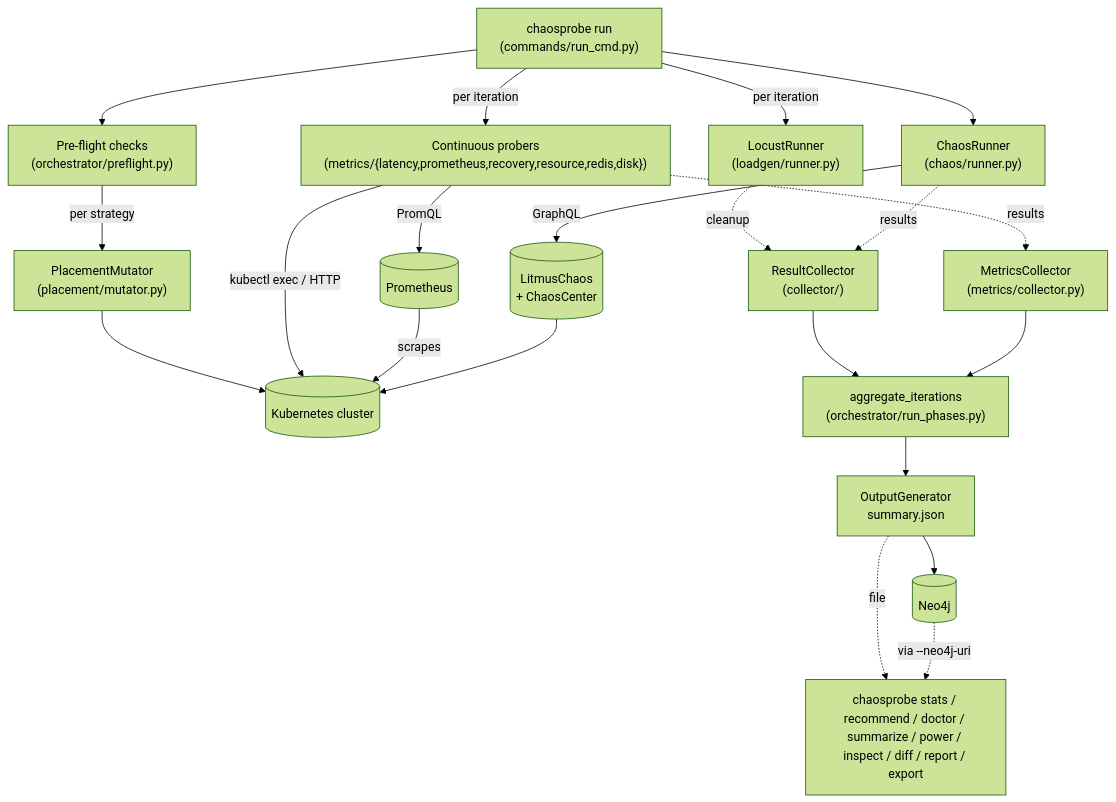
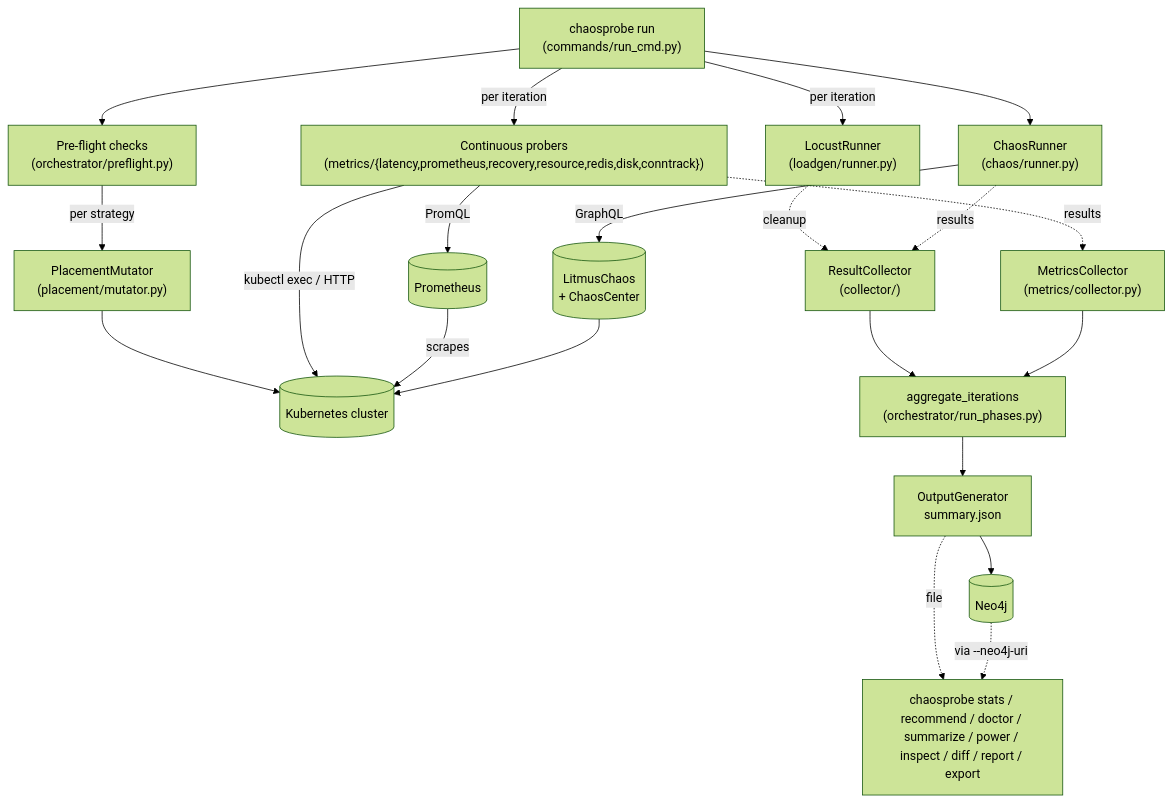
The diagram in chaosprobe/TECHNICAL.md (yhu02/uva-msc-thesis), drawn with Mermaid (forest theme) before and after one commit. The commit also changed other lines of this file and 9 other files, not shown here.

First line of the commit message:
feat(metrics): v2 M1b protocol-labeled conntrack prober (first-class collector)

````diff
--- a/chaosprobe/TECHNICAL.md
+++ b/chaosprobe/TECHNICAL.md
@@ -18,39 +18,39 @@
 ```mermaid
 flowchart TD
     CLI["chaosprobe run<br/>(commands/run_cmd.py)"]
     PF["Pre-flight checks<br/>(orchestrator/preflight.py)"]
     PM["PlacementMutator<br/>(placement/mutator.py)"]
     LR["LocustRunner<br/>(loadgen/runner.py)"]
-    PRB["Continuous probers<br/>(metrics/{latency,prometheus,recovery,resource,redis,disk})"]
+    PRB["Continuous probers<br/>(metrics/{latency,prometheus,recovery,resource,redis,disk,conntrack})"]
     CR["ChaosRunner<br/>(chaos/runner.py)"]
     K8s[("Kubernetes cluster")]
     Litmus[("LitmusChaos<br/>+ ChaosCenter")]
     Prom[("Prometheus")]
     RC["ResultCollector<br/>(collector/)"]
     MC["MetricsCollector<br/>(metrics/collector.py)"]
     AGG["aggregate_iterations<br/>(orchestrator/run_phases.py)"]
     OUT["OutputGenerator<br/>summary.json"]
     NEO[("Neo4j")]
     STATS["chaosprobe stats / recommend / doctor / summarize / power / inspect / diff / report / export"]
 
     CLI --> PF
     PF -->|per strategy| PM
     PM --> K8s
     CLI -->|per iteration| LR
     CLI -->|per iteration| PRB
     PRB -->|kubectl exec / HTTP| K8s
     PRB -->|PromQL| Prom
     Prom -->|scrapes| K8s
     CLI --> CR
     CR -->|GraphQL| Litmus
     Litmus --> K8s
     LR -.->|cleanup| RC
     PRB -.->|results| MC
     CR -.->|results| RC
     RC --> AGG
     MC --> AGG
     AGG --> OUT
     OUT --> NEO
     OUT -.->|file| STATS
     NEO -.->|via --neo4j-uri| STATS
 ```
````
